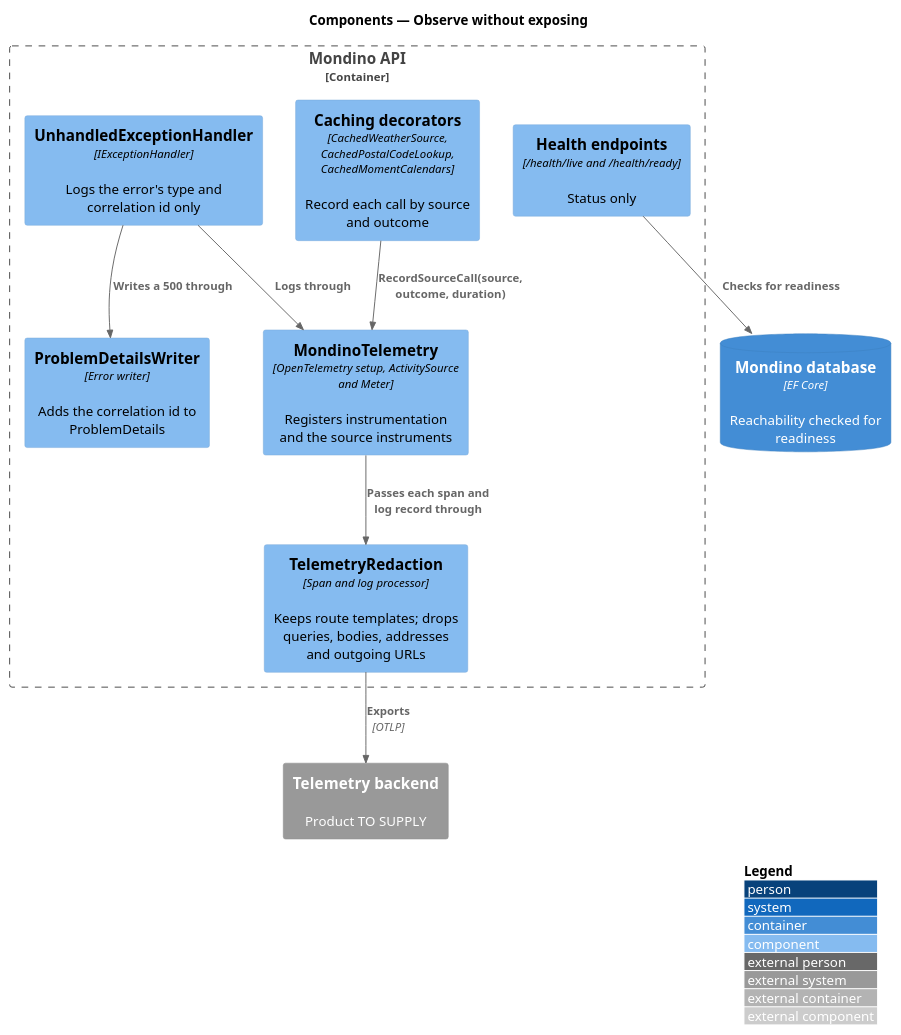
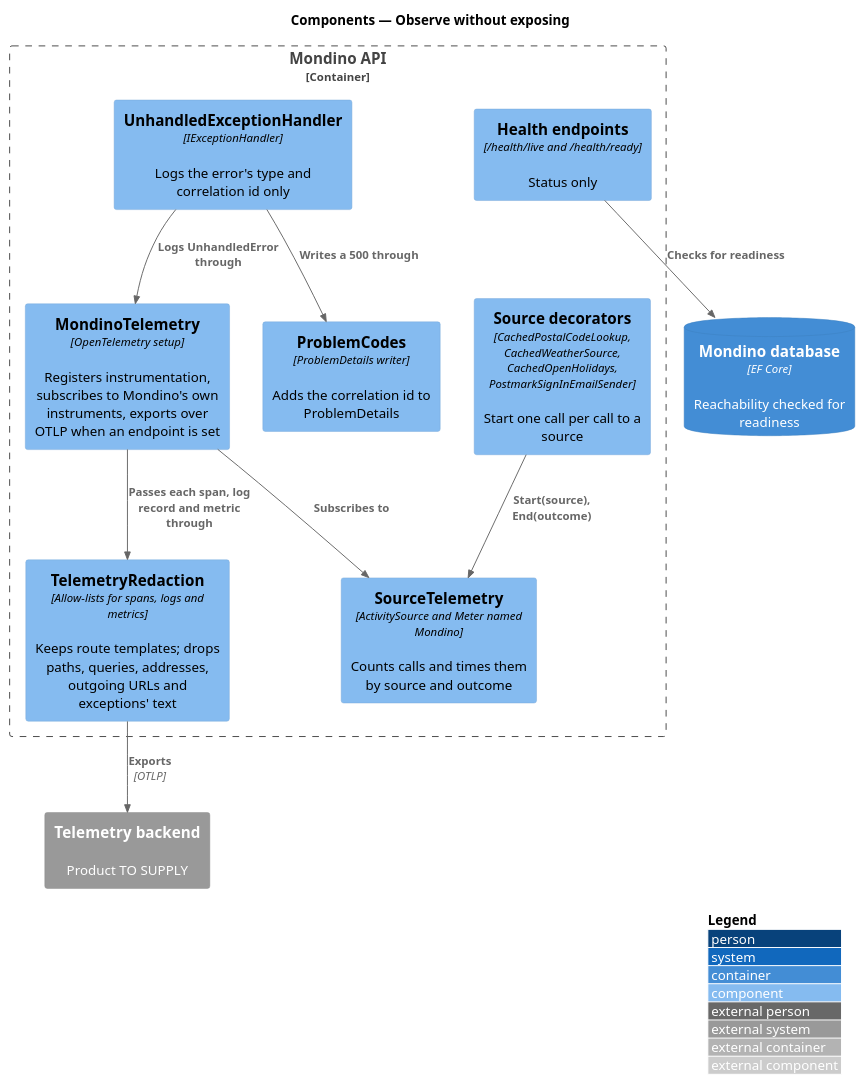
The diagram in docs/detailed-designs/platform/observe-without-exposing/diagrams/c4-component.puml (QuinntyneBrown/Mondino), drawn with PlantUML before and after one commit. The commit also changed 10 other files, not shown here.

```diff
--- a/docs/detailed-designs/platform/observe-without-exposing/diagrams/c4-component.puml
+++ b/docs/detailed-designs/platform/observe-without-exposing/diagrams/c4-component.puml
@@ -1,22 +1,24 @@
 @startuml
 !include <C4/C4_Component>
 LAYOUT_WITH_LEGEND()
 title Components — Observe without exposing
 
 Container_Boundary(api, "Mondino API") {
-  Component(setup, "MondinoTelemetry", "OpenTelemetry setup, ActivitySource and Meter", "Registers instrumentation and the source instruments")
-  Component(redaction, "TelemetryRedaction", "Span and log processor", "Keeps route templates; drops queries, bodies, addresses and outgoing URLs")
-  Component(decorators, "Caching decorators", "CachedWeatherSource, CachedPostalCodeLookup, CachedMomentCalendars", "Record each call by source and outcome")
+  Component(setup, "MondinoTelemetry", "OpenTelemetry setup", "Registers instrumentation, subscribes to Mondino's own instruments, exports over OTLP when an endpoint is set")
+  Component(redaction, "TelemetryRedaction", "Allow-lists for spans, logs and metrics", "Keeps route templates; drops paths, queries, addresses, outgoing URLs and exceptions' text")
+  Component(sources, "SourceTelemetry", "ActivitySource and Meter named Mondino", "Counts calls and times them by source and outcome")
+  Component(decorators, "Source decorators", "CachedPostalCodeLookup, CachedWeatherSource, CachedOpenHolidays, PostmarkSignInEmailSender", "Start one call per call to a source")
   Component(errors, "UnhandledExceptionHandler", "IExceptionHandler", "Logs the error's type and correlation id only")
-  Component(problems, "ProblemDetailsWriter", "Error writer", "Adds the correlation id to ProblemDetails")
+  Component(problems, "ProblemCodes", "ProblemDetails writer", "Adds the correlation id to ProblemDetails")
   Component(health, "Health endpoints", "/health/live and /health/ready", "Status only")
 }
 ContainerDb(db, "Mondino database", "EF Core", "Reachability checked for readiness")
 System_Ext(telemetry, "Telemetry backend", "Product TO SUPPLY")
-Rel(decorators, setup, "RecordSourceCall(source, outcome, duration)")
-Rel(setup, redaction, "Passes each span and log record through")
+Rel(decorators, sources, "Start(source), End(outcome)")
+Rel(setup, sources, "Subscribes to")
+Rel(setup, redaction, "Passes each span, log record and metric through")
 Rel(redaction, telemetry, "Exports", "OTLP")
 Rel(errors, problems, "Writes a 500 through")
-Rel(errors, setup, "Logs through")
+Rel(errors, setup, "Logs UnhandledError through")
 Rel(health, db, "Checks for readiness")
 @enduml
```
